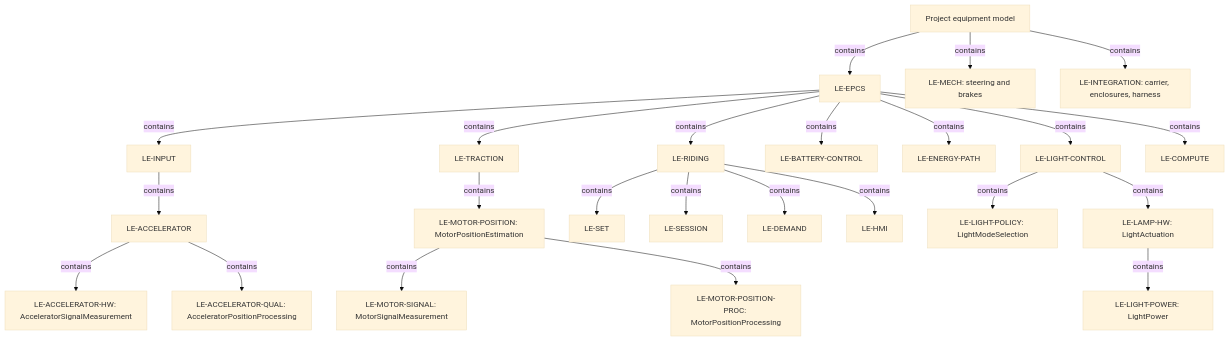
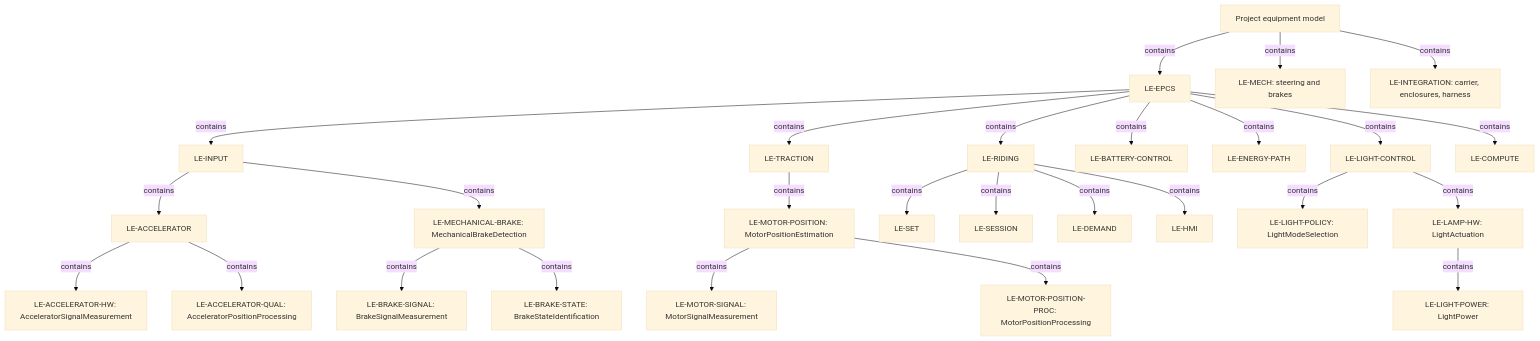
Before and after one commit to dhellhake/X2CityMCU: the first of 2 diagrams in .devenv/Architecture/SystemArchitecture/ARCH-001_System_Architecture.md, drawn with Mermaid (base theme). The commit also changed other lines of this file and 71 other files, not shown here.

````diff
--- a/.devenv/Architecture/SystemArchitecture/ARCH-001_System_Architecture.md
+++ b/.devenv/Architecture/SystemArchitecture/ARCH-001_System_Architecture.md
@@ -25,26 +25,29 @@
 ```mermaid
 flowchart TB
     Context["Project equipment model"] -->|contains| EPCS["LE-EPCS"]
     Context -->|contains| Mech["LE-MECH: steering and brakes"]
     Context -->|contains| VehicleIntegration["LE-INTEGRATION: carrier, enclosures, harness"]
     EPCS -->|contains| Riding["LE-RIDING"]
     EPCS -->|contains| Input["LE-INPUT"]
     EPCS -->|contains| Traction["LE-TRACTION"]
     Traction -->|contains| MotorPosition["LE-MOTOR-POSITION: MotorPositionEstimation"]
     MotorPosition -->|contains| MotorSignal["LE-MOTOR-SIGNAL: MotorSignalMeasurement"]
     MotorPosition -->|contains| MotorPositionProc["LE-MOTOR-POSITION-PROC: MotorPositionProcessing"]
     EPCS -->|contains| BatteryControl["LE-BATTERY-CONTROL"]
     EPCS -->|contains| EnergyPath["LE-ENERGY-PATH"]
     EPCS -->|contains| LightControl["LE-LIGHT-CONTROL"]
     EPCS -->|contains| Compute["LE-COMPUTE"]
     Input -->|contains| Accelerator["LE-ACCELERATOR"]
     Accelerator -->|contains| AcceleratorHw["LE-ACCELERATOR-HW: AcceleratorSignalMeasurement"]
     Accelerator -->|contains| AcceleratorQual["LE-ACCELERATOR-QUAL: AcceleratorPositionProcessing"]
+    Input -->|contains| MechanicalBrake["LE-MECHANICAL-BRAKE: MechanicalBrakeDetection"]
+    MechanicalBrake -->|contains| BrakeSignal["LE-BRAKE-SIGNAL: BrakeSignalMeasurement"]
+    MechanicalBrake -->|contains| BrakeState["LE-BRAKE-STATE: BrakeStateIdentification"]
     Riding -->|contains| Set["LE-SET"]
     Riding -->|contains| Session["LE-SESSION"]
     Riding -->|contains| Demand["LE-DEMAND"]
     Riding -->|contains| HMI["LE-HMI"]
     LightControl -->|contains| LightModeSelection["LE-LIGHT-POLICY: LightModeSelection"]
     LightControl -->|contains| LightActuation["LE-LAMP-HW: LightActuation"]
     LightActuation -->|contains| LightPower["LE-LIGHT-POWER: LightPower"]
 ```
````
